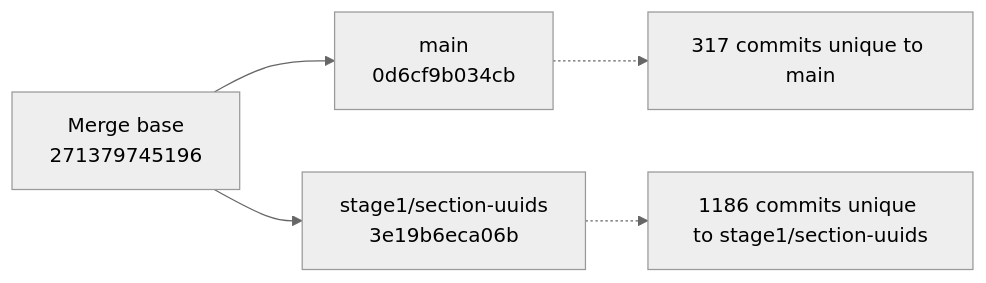
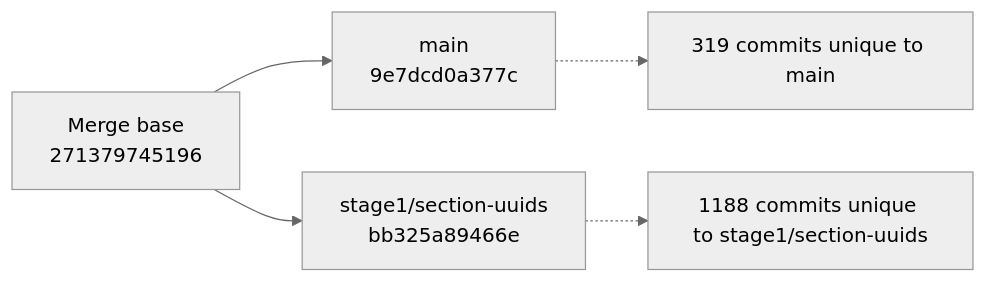
One commit to snoopdock/Finite_element_analysis_project changed the diagram in branch-graphify-results/latest/git-lineage.mmd. Above: the diagram before and after it, drawn with Mermaid (neutral theme). The commit also changed 10 other files, not shown here.

Commit message:
Update Graphify branch analysis [skip ci]

```diff
--- a/branch-graphify-results/latest/git-lineage.mmd
+++ b/branch-graphify-results/latest/git-lineage.mmd
@@ -1,10 +1,10 @@
 flowchart LR
   MB["Merge base<br/>271379745196"]
-  B["main<br/>0d6cf9b034cb"]
-  C["stage1/section-uuids<br/>3e19b6eca06b"]
+  B["main<br/>9e7dcd0a377c"]
+  C["stage1/section-uuids<br/>bb325a89466e"]
   MB --> B
   MB --> C
-  B_note["317 commits unique to main"]
-  C_note["1186 commits unique to stage1/section-uuids"]
+  B_note["319 commits unique to main"]
+  C_note["1188 commits unique to stage1/section-uuids"]
   B -.-> B_note
   C -.-> C_note
```
